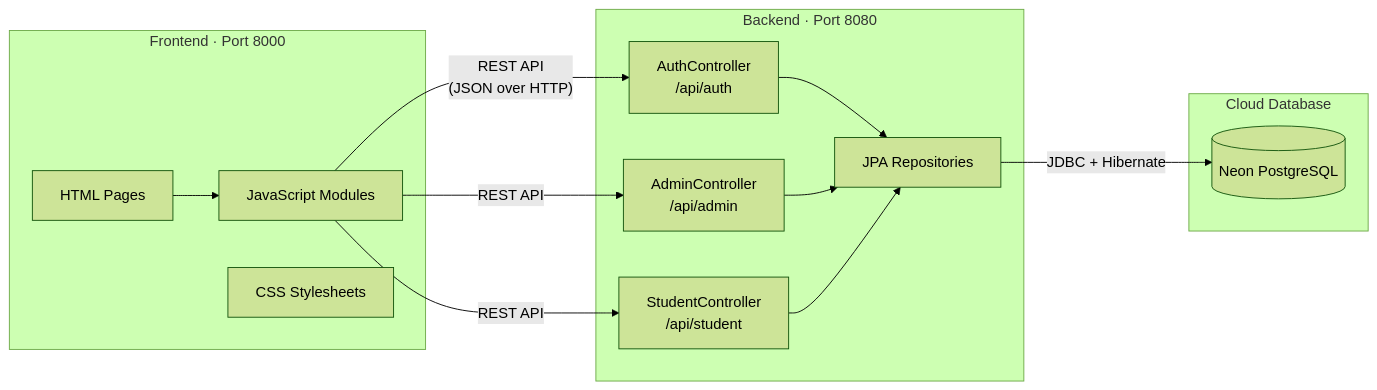
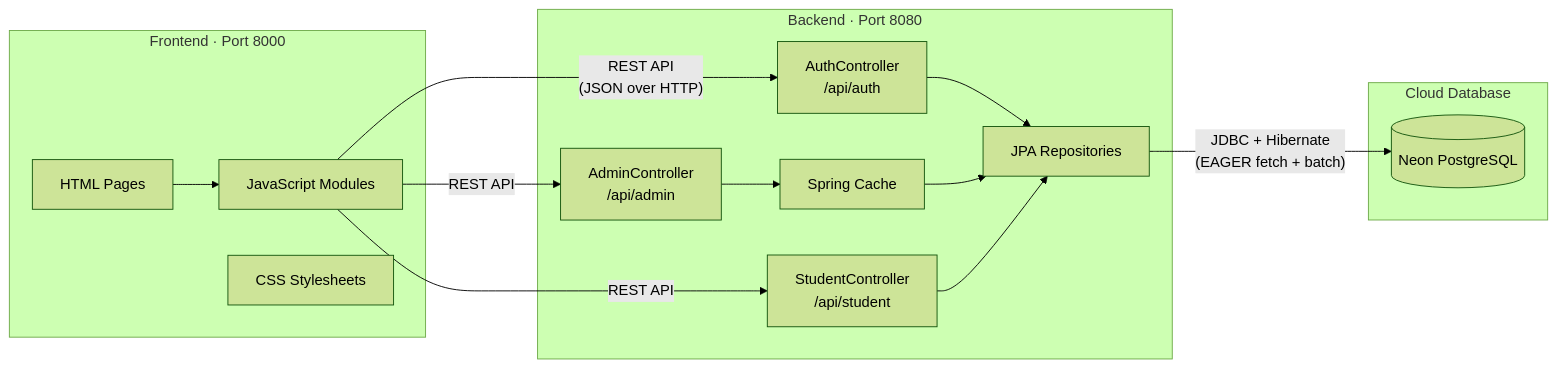
One commit to talatiharsh01/QuizForge changed the first of 2 diagrams in README.md. Above: the diagram before and after it, drawn with Mermaid (forest theme). The commit also changed other lines of this file, not shown here.

````diff
--- a/README.md
+++ b/README.md
@@ -23,28 +33,30 @@
 ```mermaid
 graph LR
     subgraph Client ["Frontend · Port 8000"]
         HTML["HTML Pages"]
         JS["JavaScript Modules"]
         CSS["CSS Stylesheets"]
     end
 
     subgraph Server ["Backend · Port 8080"]
         Auth["AuthController\n/api/auth"]
         Admin["AdminController\n/api/admin"]
         Student["StudentController\n/api/student"]
+        Cache["Spring Cache"]
         Repo["JPA Repositories"]
     end
 
     subgraph DB ["Cloud Database"]
         PG[("Neon PostgreSQL")]
     end
 
     HTML --> JS
     JS -->|"REST API\n(JSON over HTTP)"| Auth
     JS -->|"REST API"| Admin
     JS -->|"REST API"| Student
     Auth --> Repo
-    Admin --> Repo
+    Admin --> Cache
+    Cache --> Repo
     Student --> Repo
-    Repo -->|"JDBC + Hibernate"| PG
+    Repo -->|"JDBC + Hibernate\n(EAGER fetch + batch)"| PG
 ```
````
